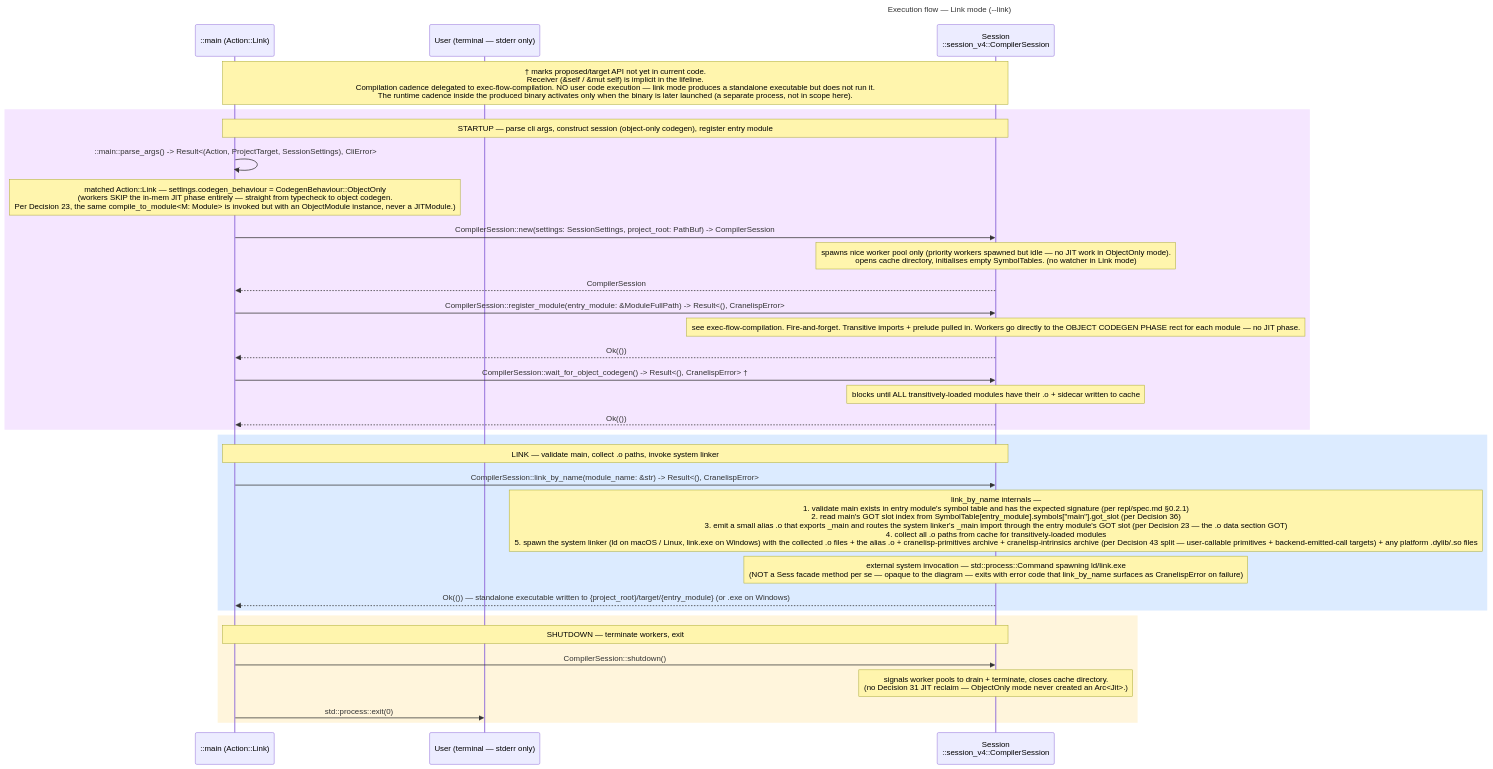
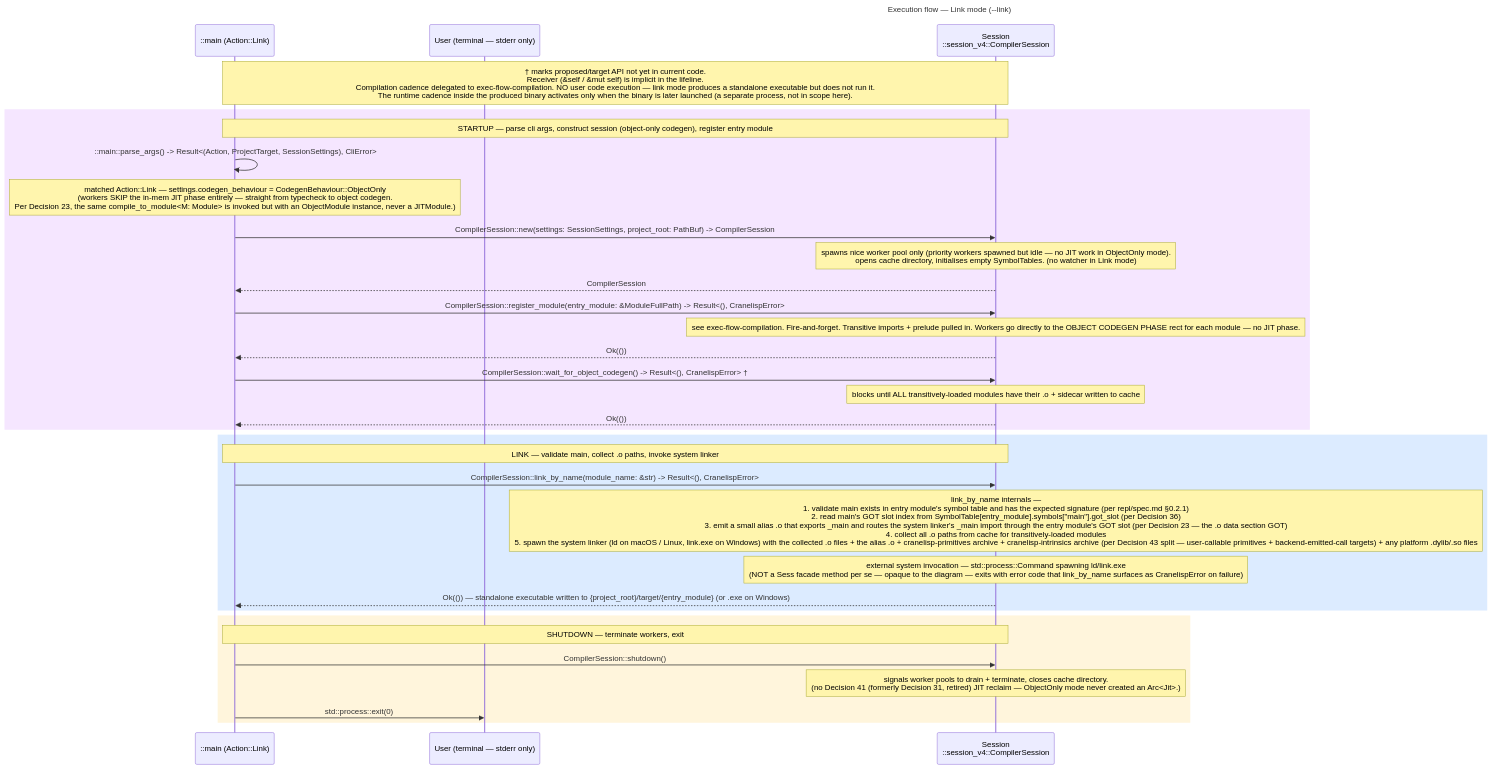
One commit to alilee/cranelisp changed the diagram in design/arch/sequences/exec-flow-link.mmd. Above: the diagram before and after it, drawn with Mermaid. The commit also changed 31 other files, not shown here.

```diff
--- a/design/arch/sequences/exec-flow-link.mmd
+++ b/design/arch/sequences/exec-flow-link.mmd
@@ -1,48 +1,48 @@
 sequenceDiagram
     title Execution flow — Link mode (--link)
 
     participant Initiator as ::main (Action::Link)
     participant User as User (terminal — stderr only)
     participant Sess as Session<br/>::session_v4::CompilerSession
 
     Note over Initiator, Sess: † marks proposed/target API not yet in current code.<br/>Receiver (&self / &mut self) is implicit in the lifeline.<br/>Compilation cadence delegated to exec-flow-compilation. NO user code execution — link mode produces a standalone executable but does not run it.<br/>The runtime cadence inside the produced binary activates only when the binary is later launched (a separate process, not in scope here).
 
     rect rgb(245, 230, 255)
         Note over Initiator, Sess: STARTUP — parse cli args, construct session (object-only codegen), register entry module
 
         Initiator ->> Initiator: ::main::parse_args() -> Result<(Action, ProjectTarget, SessionSettings), CliError>
         Note over Initiator: matched Action::Link — settings.codegen_behaviour = CodegenBehaviour::ObjectOnly<br/>(workers SKIP the in-mem JIT phase entirely — straight from typecheck to object codegen.<br/>Per Decision 23, the same compile_to_module<M: Module> is invoked but with an ObjectModule instance, never a JITModule.)
 
         Initiator ->> Sess: CompilerSession::new(settings: SessionSettings, project_root: PathBuf) -> CompilerSession
         Note over Sess: spawns nice worker pool only (priority workers spawned but idle — no JIT work in ObjectOnly mode).<br/>opens cache directory, initialises empty SymbolTables. (no watcher in Link mode)
         Sess -->> Initiator: CompilerSession
 
         Initiator ->> Sess: CompilerSession::register_module(entry_module: &ModuleFullPath) -> Result<(), CranelispError>
         Note over Sess: see exec-flow-compilation. Fire-and-forget. Transitive imports + prelude pulled in. Workers go directly to the OBJECT CODEGEN PHASE rect for each module — no JIT phase.
         Sess -->> Initiator: Ok(())
 
         Initiator ->> Sess: CompilerSession::wait_for_object_codegen() -> Result<(), CranelispError> †
         Note over Sess: blocks until ALL transitively-loaded modules have their .o + sidecar written to cache
         Sess -->> Initiator: Ok(())
     end
 
     rect rgb(220, 235, 255)
         Note over Initiator, Sess: LINK — validate main, collect .o paths, invoke system linker
 
         Initiator ->> Sess: CompilerSession::link_by_name(module_name: &str) -> Result<(), CranelispError>
 
         Note over Sess: link_by_name internals —<br/>1. validate main exists in entry module's symbol table and has the expected signature (per repl/spec.md §0.2.1)<br/>2. read main's GOT slot index from SymbolTable[entry_module].symbols["main"].got_slot (per Decision 36)<br/>3. emit a small alias .o that exports _main and routes the system linker's _main import through the entry module's GOT slot (per Decision 23 — the .o data section GOT)<br/>4. collect all .o paths from cache for transitively-loaded modules<br/>5. spawn the system linker (ld on macOS / Linux, link.exe on Windows) with the collected .o files + the alias .o + cranelisp-primitives archive + cranelisp-intrinsics archive (per Decision 43 split — user-callable primitives + backend-emitted-call targets) + any platform .dylib/.so files
 
         Note over Sess: external system invocation — std::process::Command spawning ld/link.exe<br/>(NOT a Sess facade method per se — opaque to the diagram — exits with error code that link_by_name surfaces as CranelispError on failure)
 
         Sess -->> Initiator: Ok(()) — standalone executable written to {project_root}/target/{entry_module} (or .exe on Windows)
     end
 
     rect rgb(255, 245, 220)
         Note over Initiator, Sess: SHUTDOWN — terminate workers, exit
 
         Initiator ->> Sess: CompilerSession::shutdown()
-        Note over Sess: signals worker pools to drain + terminate, closes cache directory.<br/>(no Decision 31 JIT reclaim — ObjectOnly mode never created an Arc<Jit>.)
+        Note over Sess: signals worker pools to drain + terminate, closes cache directory.<br/>(no Decision 41 (formerly Decision 31, retired) JIT reclaim — ObjectOnly mode never created an Arc<Jit>.)
 
         Initiator ->> User: std::process::exit(0)
     end
```
